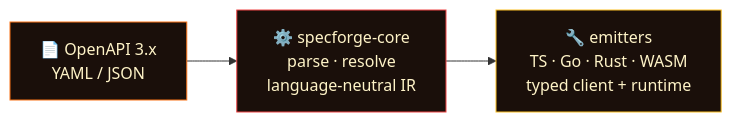
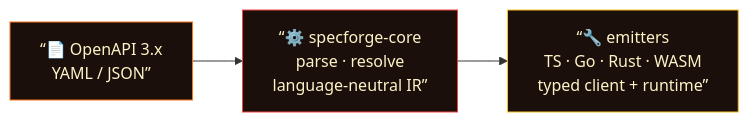
Before and after one commit to amafjarkasi/specforge-openapi-sdk-codegen: the first of 2 diagrams in README.md, drawn with Mermaid. The commit also changed other lines of this file and 1 other file, not shown here.

First line of the commit message:
docs: expand 'Why specforge?' and 'Features' with detailed benefits

````diff
--- a/README.md
+++ b/README.md
@@ -36,9 +67,9 @@
 ```mermaid
 graph LR
-    A["📄 OpenAPI 3.x<br/>YAML / JSON"] --> B["⚙️ specforge-core<br/>parse · resolve<br/>language-neutral IR"]
-    B --> C["🔧 emitters<br/>TS · Go · Rust · WASM<br/>typed client + runtime"]
+    A[“📄 OpenAPI 3.x<br/>YAML / JSON”] --> B[“⚙️ specforge-core<br/>parse · resolve<br/>language-neutral IR”]
+    B --> C[“🔧 emitters<br/>TS · Go · Rust · WASM<br/>typed client + runtime”]
 
     style A fill:#1a0f0a,stroke:#f97316,color:#fef3c7
     style B fill:#1a0f0a,stroke:#ef4444,color:#fef3c7
     style C fill:#1a0f0a,stroke:#fbbf24,color:#fef3c7
 ```
````
